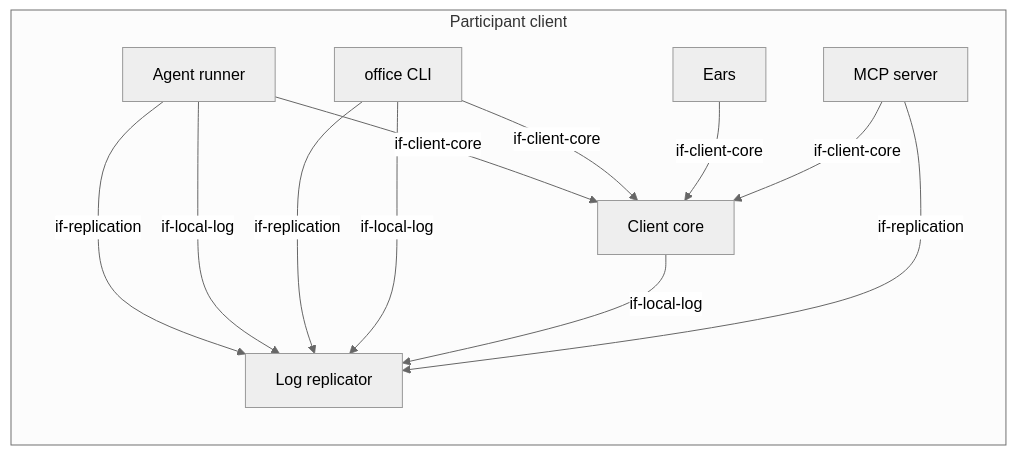
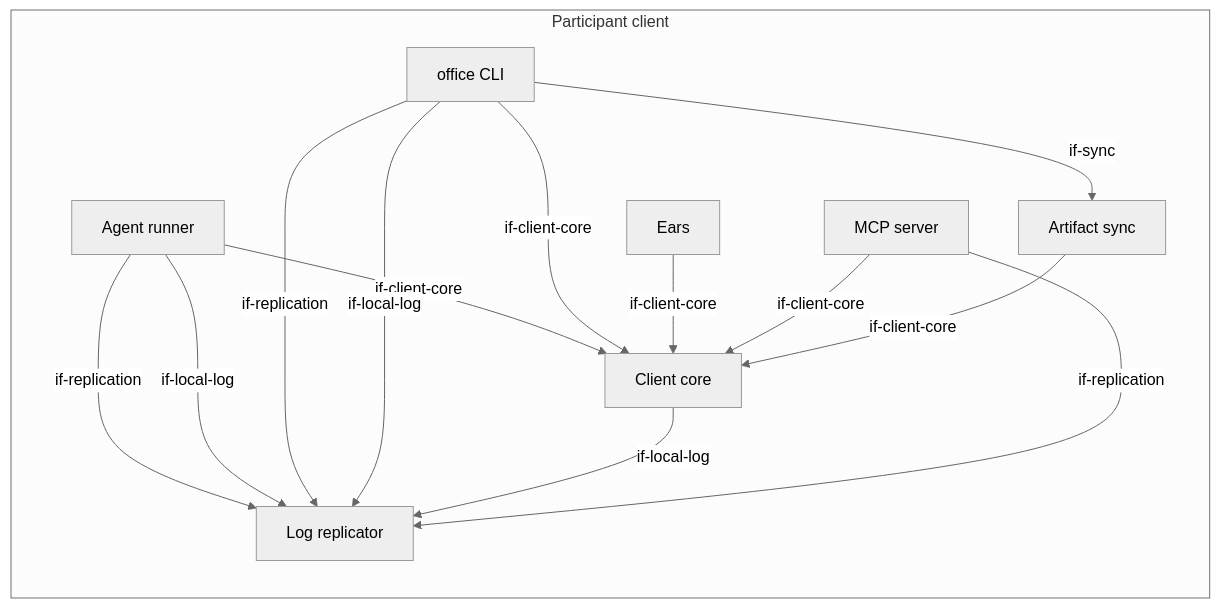
The third of 3 diagrams in docs/architecture/05-building-blocks.arc42.md (mrsimpson/agentic-office), drawn with Mermaid (neutral theme) before and after one commit. The commit also changed other lines of this file and 15 other files, not shown here.

First line of the commit message:
docs(architecture): propose artifact sync through Git

````diff
--- a/docs/architecture/05-building-blocks.arc42.md
+++ b/docs/architecture/05-building-blocks.arc42.md
@@ -748,21 +881,24 @@
 ```mermaid
 flowchart LR
     subgraph bb_participant_client [Participant client]
         bb_agent_runner[Agent runner]
         bb_cli[office CLI]
         bb_client_core[Client core]
         bb_ears[Ears]
         bb_mcp[MCP server]
         bb_replicator[Log replicator]
+        bb_sync[Artifact sync]
     end
     bb_agent_runner -->|if-client-core| bb_client_core
     bb_agent_runner -->|if-replication| bb_replicator
     bb_agent_runner -->|if-local-log| bb_replicator
     bb_cli -->|if-client-core| bb_client_core
     bb_cli -->|if-replication| bb_replicator
     bb_cli -->|if-local-log| bb_replicator
     bb_client_core -->|if-local-log| bb_replicator
     bb_ears -->|if-client-core| bb_client_core
     bb_mcp -->|if-client-core| bb_client_core
     bb_mcp -->|if-replication| bb_replicator
+    bb_cli -->|if-sync| bb_sync
+    bb_sync -->|if-client-core| bb_client_core
 ```
````
